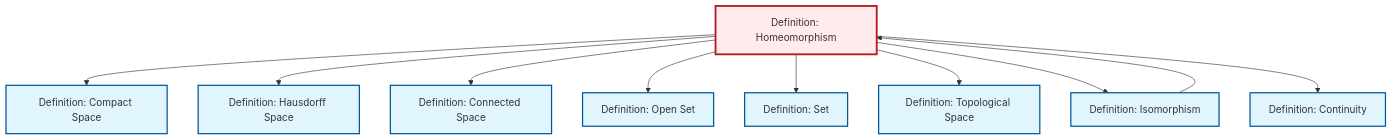
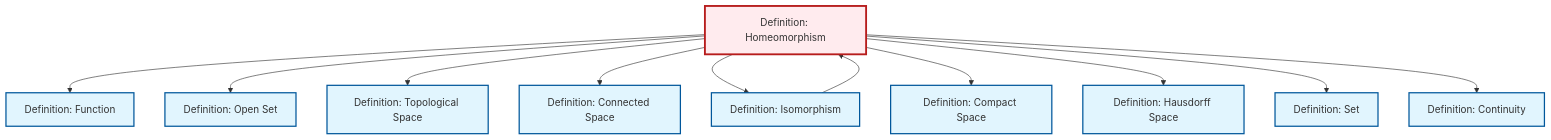
One commit to RK0429/ModernMath changed the diagram in content/en/topology/def-homeomorphism.qmd. Above: the diagram before and after it, drawn with Mermaid. The commit also changed other lines of this file and 554 other files, not shown here.

````diff
--- a/content/en/topology/def-homeomorphism.qmd
+++ b/content/en/topology/def-homeomorphism.qmd
@@ -100,36 +101,39 @@
 ```{mermaid}
 %%| fig-cap: "Local dependency graph"
 graph TD
     classDef definition fill:#e1f5fe,stroke:#01579b,stroke-width:2px
     classDef theorem fill:#f3e5f5,stroke:#4a148c,stroke-width:2px
     classDef axiom fill:#fff3e0,stroke:#e65100,stroke-width:2px
     classDef example fill:#e8f5e9,stroke:#1b5e20,stroke-width:2px
     classDef current fill:#ffebee,stroke:#b71c1c,stroke-width:3px
+    def-hausdorff["Definition: Hausdorff Space"]:::definition
+    def-connected["Definition: Connected Space"]:::definition
+    def-continuity["Definition: Continuity"]:::definition
+    def-compact["Definition: Compact Space"]:::definition
+    def-open-set["Definition: Open Set"]:::definition
+    def-topological-space["Definition: Topological Space"]:::definition
+    def-homeomorphism["Definition: Homeomorphism"]:::definition
     def-set["Definition: Set"]:::definition
-    def-homeomorphism["Definition: Homeomorphism"]:::definition
-    def-compact["Definition: Compact Space"]:::definition
-    def-topological-space["Definition: Topological Space"]:::definition
-    def-open-set["Definition: Open Set"]:::definition
-    def-connected["Definition: Connected Space"]:::definition
-    def-hausdorff["Definition: Hausdorff Space"]:::definition
-    def-continuity["Definition: Continuity"]:::definition
+    def-function["Definition: Function"]:::definition
     def-isomorphism["Definition: Isomorphism"]:::definition
+    def-homeomorphism --> def-function
+    def-homeomorphism --> def-open-set
+    def-homeomorphism --> def-topological-space
+    def-homeomorphism --> def-connected
+    def-isomorphism --> def-homeomorphism
+    def-homeomorphism --> def-isomorphism
     def-homeomorphism --> def-compact
     def-homeomorphism --> def-hausdorff
-    def-homeomorphism --> def-connected
-    def-homeomorphism --> def-open-set
     def-homeomorphism --> def-set
-    def-homeomorphism --> def-topological-space
-    def-homeomorphism --> def-isomorphism
     def-homeomorphism --> def-continuity
-    def-isomorphism --> def-homeomorphism
     class def-homeomorphism current
+    click def-hausdorff "def-hausdorff.html" "Go to Hausdorff Space definition"
+    click def-connected "def-connected.html" "Go to Connected Space definition"
+    click def-continuity "def-continuity.html" "Go to Continuity definition"
+    click def-compact "def-compact.html" "Go to Compact Space definition"
+    click def-open-set "def-open-set.html" "Go to Open Set definition"
+    click def-topological-space "def-topological-space.html" "Go to Topological Space definition"
     click def-set "def-set.html" "Go to Set definition"
-    click def-compact "def-compact.html" "Go to Compact Space definition"
-    click def-topological-space "def-topological-space.html" "Go to Topological Space definition"
-    click def-open-set "def-open-set.html" "Go to Open Set definition"
-    click def-connected "def-connected.html" "Go to Connected Space definition"
-    click def-hausdorff "def-hausdorff.html" "Go to Hausdorff Space definition"
-    click def-continuity "def-continuity.html" "Go to Continuity definition"
+    click def-function "def-function.html" "Go to Function definition"
     click def-isomorphism "def-isomorphism.html" "Go to Isomorphism definition"
 ```
````
